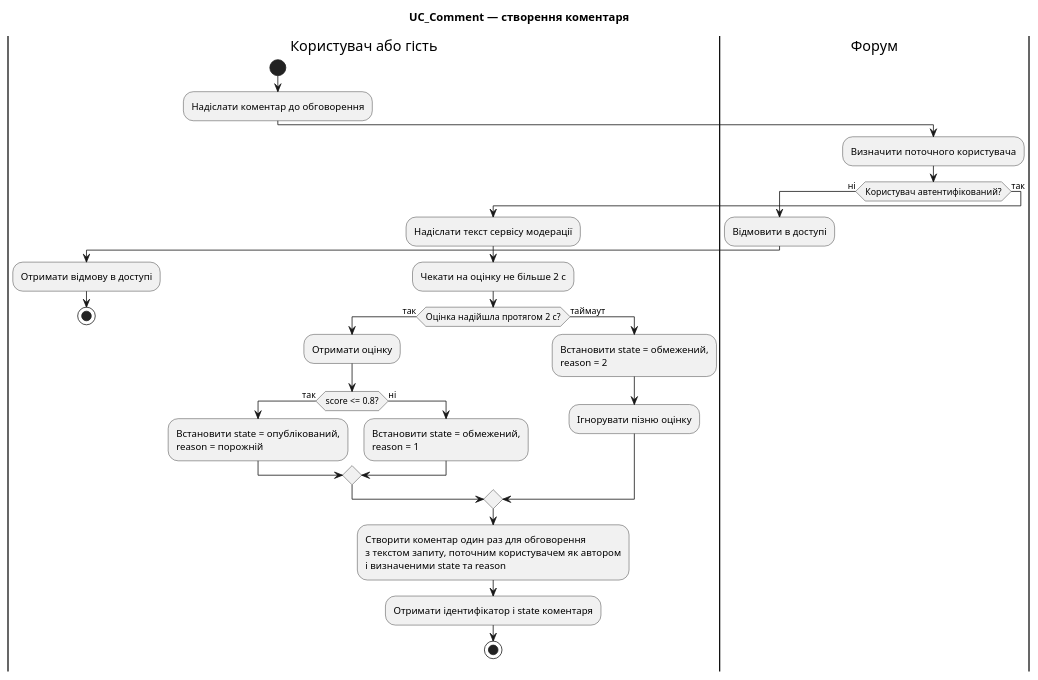
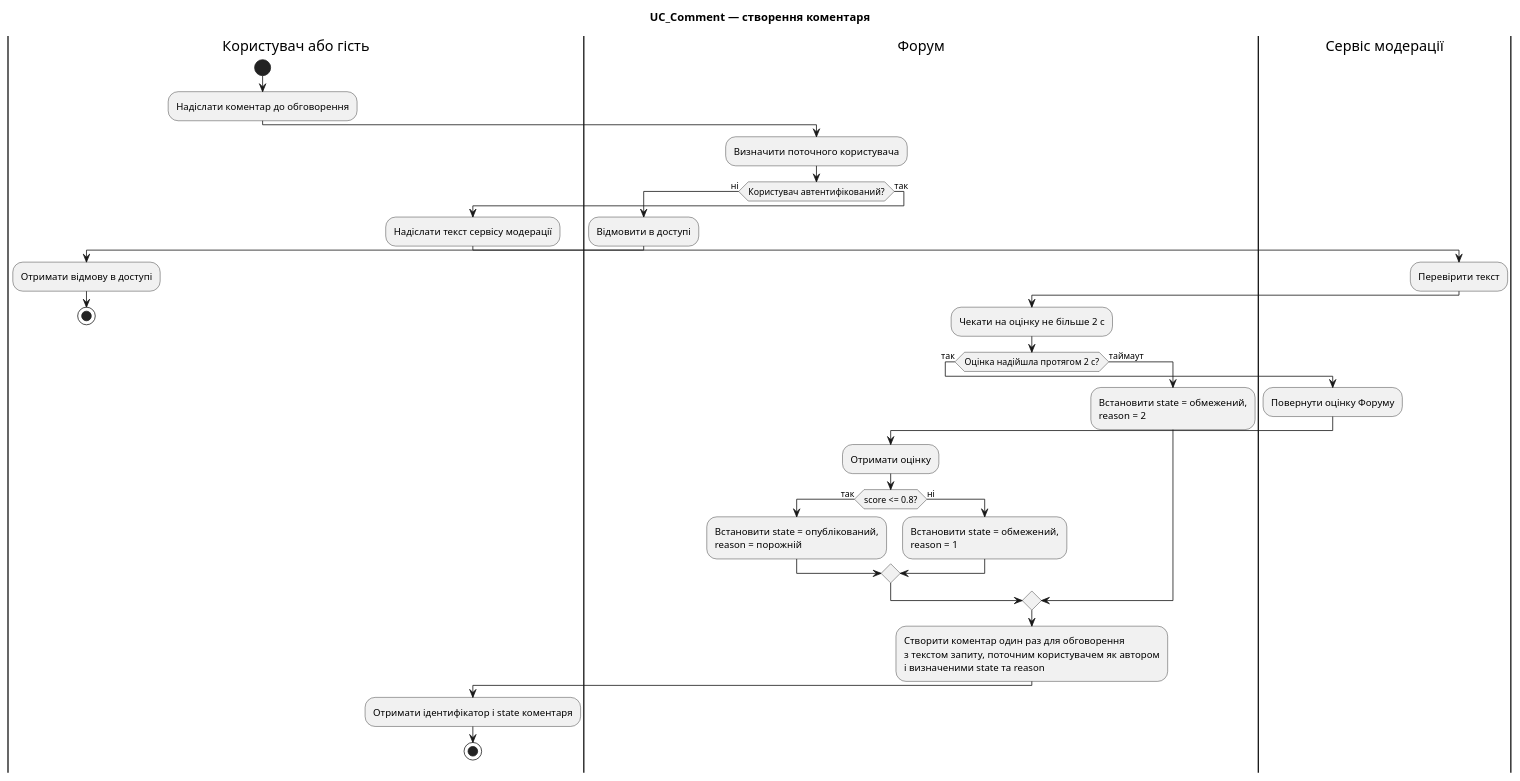
Before and after one commit to tevarindol/forum: the diagram in lab4/activity.puml, drawn with PlantUML.

Commit message:
fix(lab4): correct AI-generated activity diagram
Harness: OpenCode
Model: openai/gpt-6-luna

```diff
--- a/lab4/activity.puml
+++ b/lab4/activity.puml
@@ -1,40 +1,45 @@
 @startuml
 title UC_Comment — створення коментаря
 
 |Користувач або гість|
 start
 :Надіслати коментар до обговорення;
 
 |Форум|
 :Визначити поточного користувача;
 if (Користувач автентифікований?) then (ні)
   :Відмовити в доступі;
   |Користувач або гість|
   :Отримати відмову в доступі;
   stop
 else (так)
   :Надіслати текст сервісу модерації;
+  |Сервіс модерації|
+  :Перевірити текст;
+  |Форум|
   :Чекати на оцінку не більше 2 с;
   if (Оцінка надійшла протягом 2 с?) then (так)
+    |Сервіс модерації|
+    :Повернути оцінку Форуму;
+    |Форум|
     :Отримати оцінку;
     if (score <= 0.8?) then (так)
       :Встановити state = опублікований,
 reason = порожній;
     else (ні)
       :Встановити state = обмежений,
 reason = 1;
     endif
   else (таймаут)
     :Встановити state = обмежений,
 reason = 2;
-    :Ігнорувати пізню оцінку;
   endif
 
   :Створити коментар один раз для обговорення
 з текстом запиту, поточним користувачем як автором
 і визначеними state та reason;
   |Користувач або гість|
   :Отримати ідентифікатор і state коментаря;
   stop
 endif
 @enduml
```
